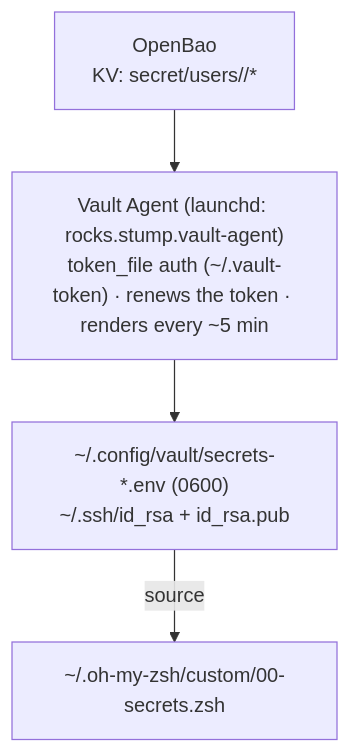
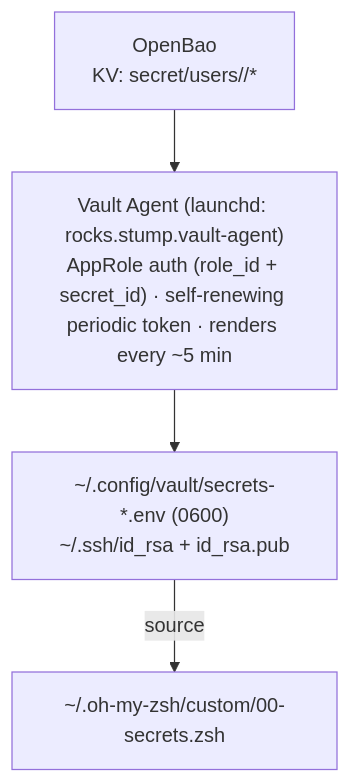
One commit to joestump/dotfiles changed the diagram in website/docs/secrets.md. Above: the diagram before and after it, drawn with Mermaid. The commit also changed other lines of this file and 7 other files, not shown here.

````diff
--- a/website/docs/secrets.md
+++ b/website/docs/secrets.md
@@ -17,8 +17,8 @@
 ```mermaid
 flowchart TD
     bao["OpenBao<br/>KV: secret/users/<you>/*"]
-    agent["Vault Agent (launchd: rocks.stump.vault-agent)<br/>token_file auth (~/.vault-token) · renews the token · renders every ~5 min"]
+    agent["Vault Agent (launchd: rocks.stump.vault-agent)<br/>AppRole auth (role_id + secret_id) · self-renewing periodic token · renders every ~5 min"]
     files["~/.config/vault/secrets-*.env (0600)<br/>~/.ssh/id_rsa + id_rsa.pub"]
     shell["~/.oh-my-zsh/custom/00-secrets.zsh"]
     bao --> agent --> files -->|source| shell
 ```
````
